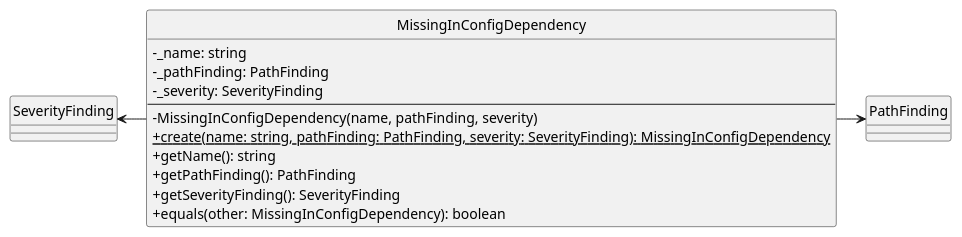
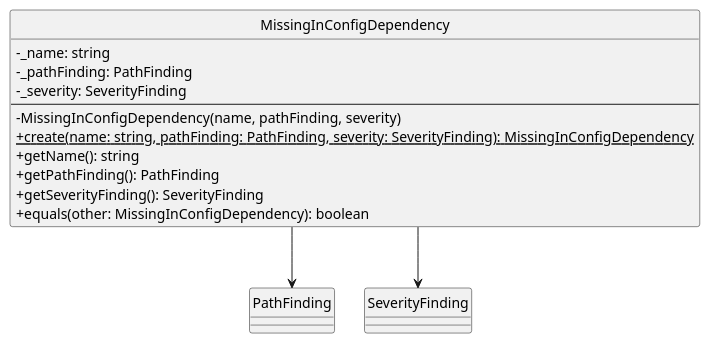
The diagram in assets/st_diagrams/code/plantuml/analysis/domain/valueObjects/missingInConfigDependency.vo.plantuml (SkarabGroup/DocumentazioneProgetto), drawn with PlantUML before and after one commit. The commit also changed 30 other files, not shown here.

```diff
--- a/assets/st_diagrams/code/plantuml/analysis/domain/valueObjects/missingInConfigDependency.vo.plantuml
+++ b/assets/st_diagrams/code/plantuml/analysis/domain/valueObjects/missingInConfigDependency.vo.plantuml
@@ -1,24 +1,24 @@
 @startuml MissingInConfigDependency
 skinparam componentStyle uml2.5
 skinparam linetype ortho
 skinparam nodesep 30
 skinparam ranksep 30
 skinparam ClassAttributeIconSize 0
 hide circles
 
 class MissingInConfigDependency {
     - _name: string
     - _pathFinding: PathFinding
     - _severity: SeverityFinding
     ---
     - MissingInConfigDependency(name, pathFinding, severity)
     + {static} create(name: string, pathFinding: PathFinding, severity: SeverityFinding): MissingInConfigDependency
     + getName(): string
     + getPathFinding(): PathFinding
     + getSeverityFinding(): SeverityFinding
     + equals(other: MissingInConfigDependency): boolean
 }
 
-MissingInConfigDependency --right-> PathFinding
-MissingInConfigDependency --left-> SeverityFinding
+MissingInConfigDependency --down-> PathFinding
+MissingInConfigDependency --down-> SeverityFinding
 @enduml
```
